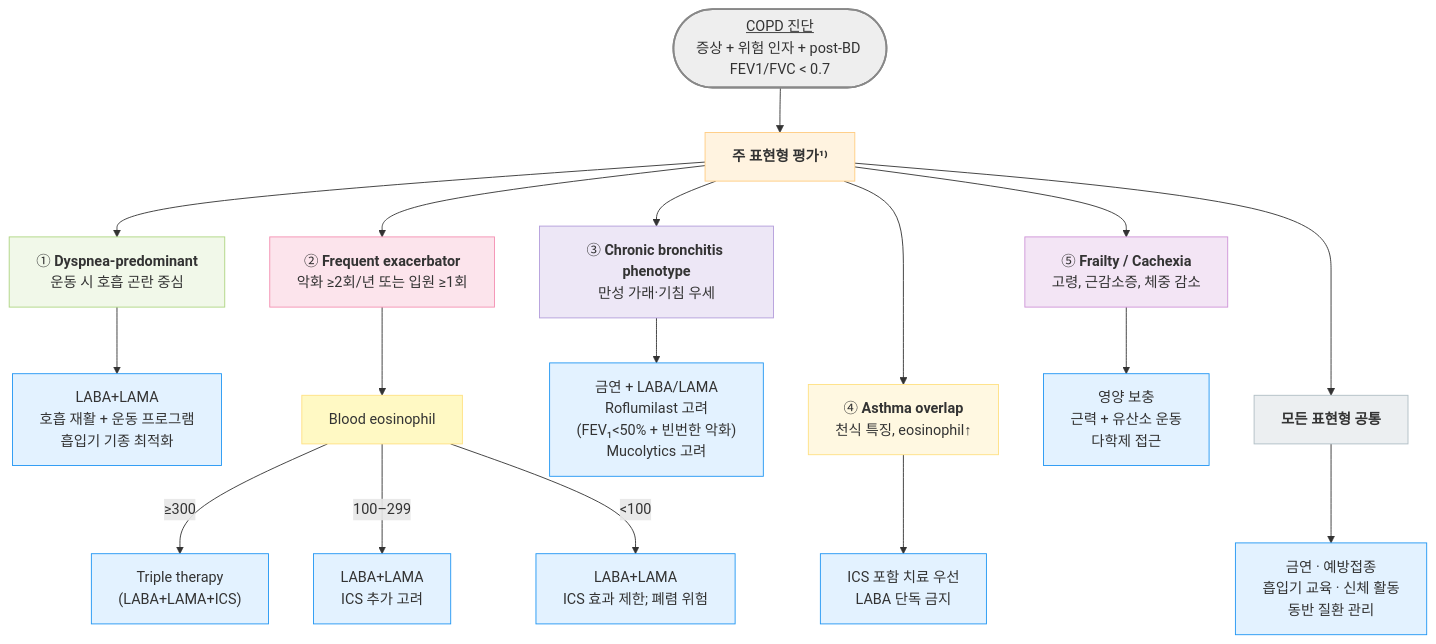
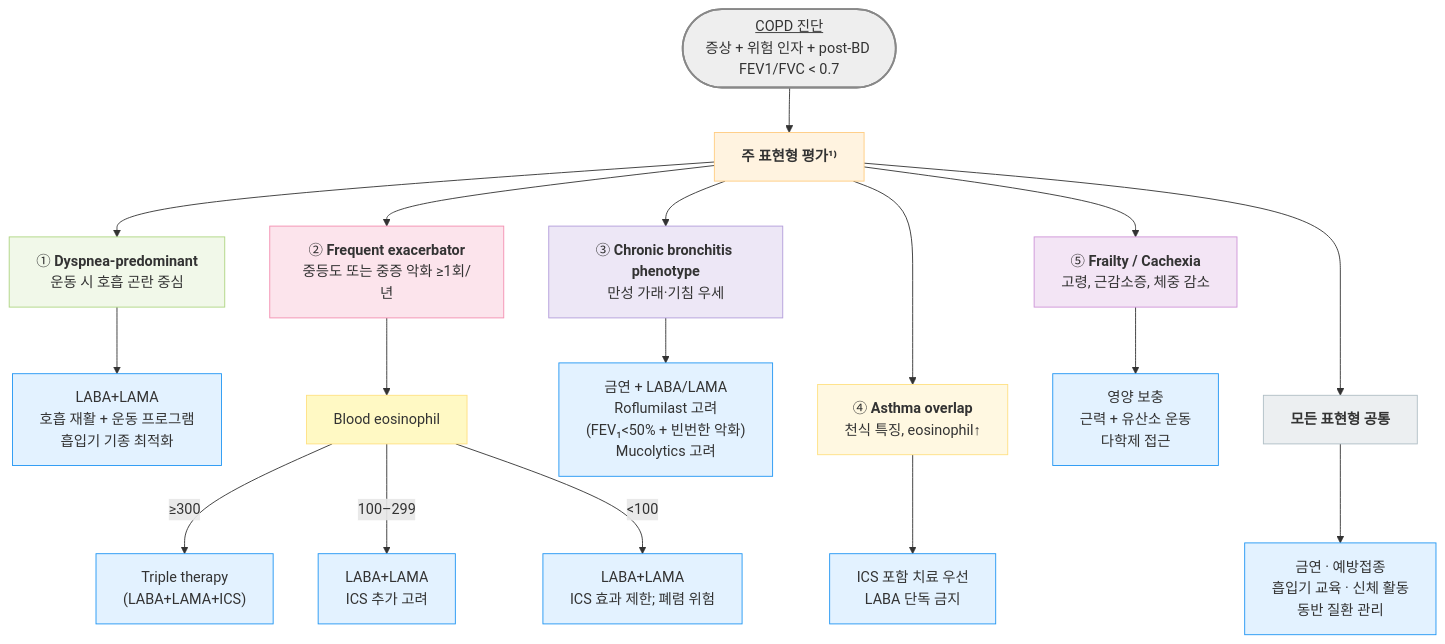
Before and after one commit to familyoh77/familyoh77: the second of 3 diagrams in 223_/072_-copd.md, drawn with Mermaid. The commit also changed other lines of this file and 2 other files, not shown here.

````diff
--- a/223_/072_-copd.md
+++ b/223_/072_-copd.md
@@ -427,39 +454,39 @@
 ```mermaid
 flowchart TD
     A(["<u>COPD 진단</u><br/>증상 + 위험 인자 + post-BD FEV1/FVC &lt; 0.7"])
 
     A --> B["<b>주 표현형 평가¹⁾</b>"]
 
     B --> C1["① <b>Dyspnea-predominant</b><br/>운동 시 호흡 곤란 중심"]
     C1 --> D1["LABA+LAMA<br/>호흡 재활 + 운동 프로그램<br/>흡입기 기종 최적화"]
 
-    B --> C2["② <b>Frequent exacerbator</b><br/>악화 ≥2회/년 또는 입원 ≥1회"]
+    B --> C2["② <b>Frequent exacerbator</b><br/>중등도 또는 중증 악화 ≥1회/년"]
     C2 --> E2["Blood eosinophil"]
     E2 -->|"≥300"| F2["Triple therapy<br/>(LABA+LAMA+ICS)"]
     E2 -->|"100–299"| G2["LABA+LAMA<br/>ICS 추가 고려"]
     E2 -->|"&lt;100"| H2["LABA+LAMA<br/>ICS 효과 제한; 폐렴 위험"]
 
     B --> C3["③ <b>Chronic bronchitis phenotype</b><br/>만성 가래·기침 우세"]
     C3 --> D3["금연 + LABA/LAMA<br/>Roflumilast 고려<br/>(FEV₁&lt;50% + 빈번한 악화)<br/>Mucolytics 고려"]
 
     B ---> C4["④ <b>Asthma overlap</b><br/>천식 특징, eosinophil↑"]
     C4 --> D4["ICS 포함 치료 우선<br/>LABA 단독 금지"]
 
     B --> C5["⑤ <b>Frailty / Cachexia</b><br/>고령, 근감소증, 체중 감소"]
     C5 --> D5["영양 보충<br/>근력 + 유산소 운동<br/>다학제 접근"]
 
     B ---> Z["<b>모든 표현형 공통</b>"]
     Z --> Z1["금연 · 예방접종<br/>흡입기 교육 · 신체 활동<br/>동반 질환 관리"]
 
    classDef sky fill:#e3f2ff,stroke:#2196f3
    class D1,F2,D3,D4,D5,G2,H2,Z1 sky
 style A fill:#eeeeee,stroke:#888888,stroke-width:2px
     style B fill:#fff3e0,stroke:#ffcc80
     style C1 fill:#f1f8e9,stroke:#aed581
     style C2 fill:#fce4ec,stroke:#f48fb1
     style C3 fill:#ede7f6,stroke:#b39ddb
     style C4 fill:#fff8e1,stroke:#ffe082
     style C5 fill:#f3e5f5,stroke:#ce93d8
     style E2 fill:#fff9c4,stroke:#ffe082
     style Z fill:#eceff1,stroke:#b0bec5
 ```
````
